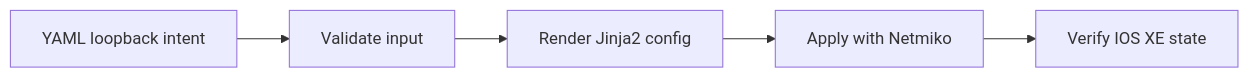
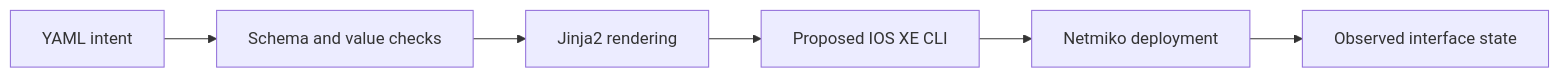
One commit to tanthanh85/CCNPAUTO changed the third of 9 diagrams in LAB/README.md. Above: the diagram before and after it, drawn with Mermaid. The commit also changed other lines of this file, not shown here.

````diff
--- a/LAB/README.md
+++ b/LAB/README.md
@@ -88,7 +185,8 @@
 ```mermaid
 flowchart LR
-    YAML["YAML loopback intent"] --> Validate["Validate input"]
-    Validate --> Render["Render Jinja2 config"]
-    Render --> Apply["Apply with Netmiko"]
-    Apply --> Verify["Verify IOS XE state"]
+    YAML["YAML intent"] --> Validation["Schema and value checks"]
+    Validation --> Jinja["Jinja2 rendering"]
+    Jinja --> Preview["Proposed IOS XE CLI"]
+    Preview --> Netmiko["Netmiko deployment"]
+    Netmiko --> Verification["Observed interface state"]
 ```
````
